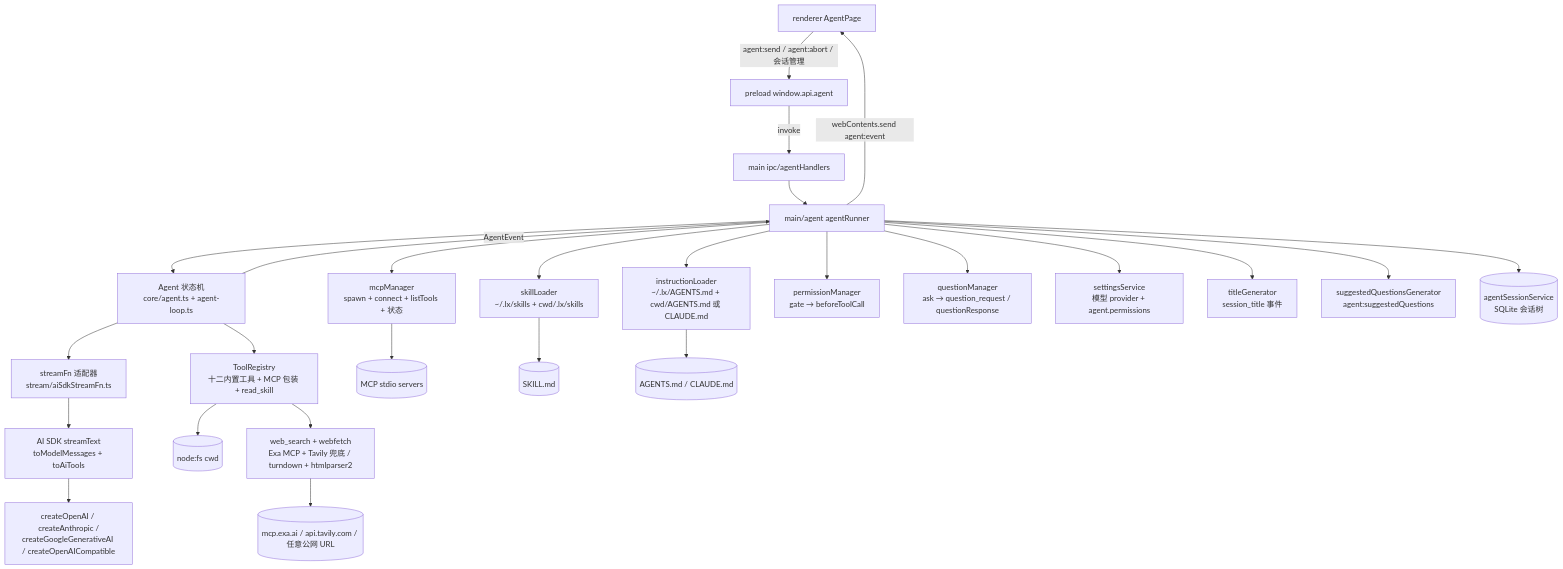
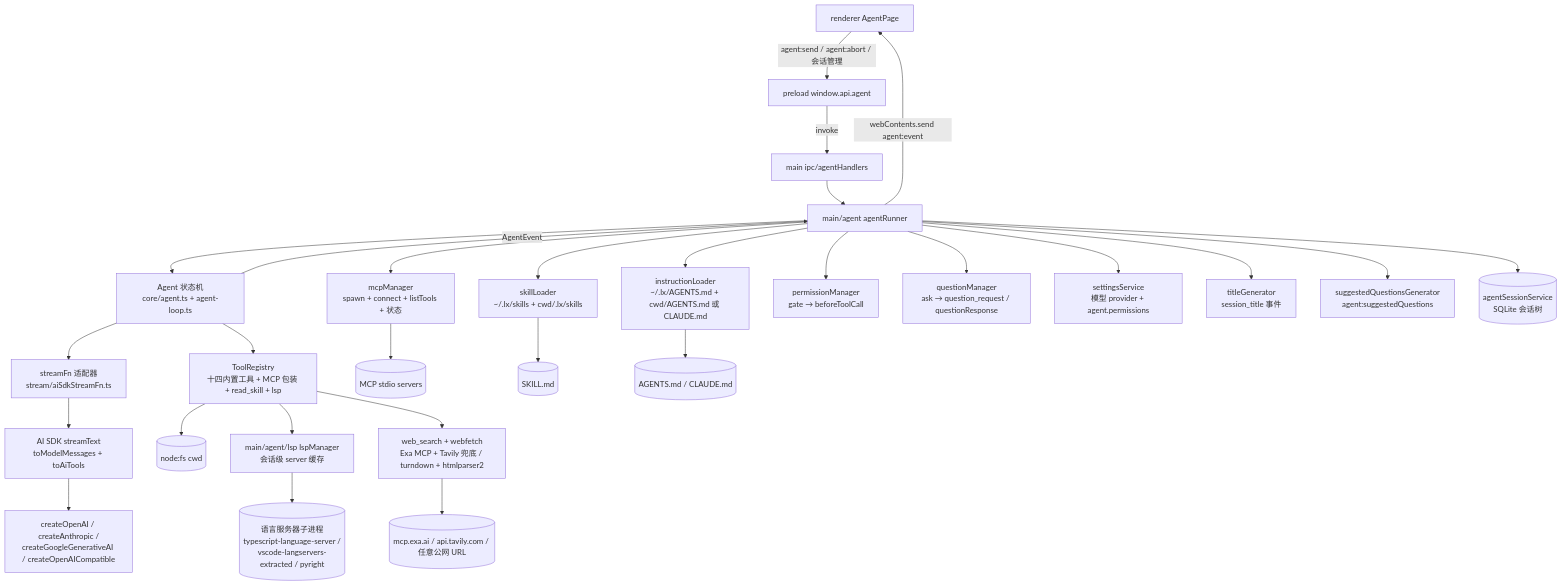
One commit to yonah-lin111/lx-agent changed the diagram in docs/agent/design.md. Above: the diagram before and after it, drawn with Mermaid. The commit also changed 32 other files, not shown here.

First line of the commit message:
feat(agent): 集成 LSP 语义检索工具与结果跳转

````diff
--- a/docs/agent/design.md
+++ b/docs/agent/design.md
@@ -26,28 +26,30 @@
 ```mermaid
 flowchart TD
     UI[renderer AgentPage] -->|agent:send / agent:abort / 会话管理| Preload[preload window.api.agent]
     Preload -->|invoke| IPC[main ipc/agentHandlers]
     IPC --> Runner[main/agent agentRunner]
     Runner --> Agent[Agent 状态机<br/>core/agent.ts + agent-loop.ts]
     Agent --> Adapter[streamFn 适配器<br/>stream/aiSdkStreamFn.ts]
     Adapter --> AI[AI SDK streamText<br/>toModelMessages + toAiTools]
     AI --> Provider[createOpenAI / createAnthropic /<br/>createGoogleGenerativeAI / createOpenAICompatible]
-    Agent --> Tools[ToolRegistry<br/>十二内置工具 + MCP 包装 + read_skill]
+    Agent --> Tools[ToolRegistry<br/>十四内置工具 + MCP 包装 + read_skill + lsp]
     Tools --> FS[(node:fs cwd)]
+    Tools --> Lsp[main/agent/lsp lspManager<br/>会话级 server 缓存]
+    Lsp --> LspServer[(语言服务器子进程<br/>typescript-language-server /<br/>vscode-langservers-extracted / pyright)]
     Tools --> WebSearch[web_search + webfetch<br/>Exa MCP + Tavily 兜底 / turndown + htmlparser2]
     WebSearch --> Ext[(mcp.exa.ai / api.tavily.com / 任意公网 URL)]
     Runner --> MCP[mcpManager<br/>spawn + connect + listTools + 状态]
     MCP --> McpSrv[(MCP stdio servers)]
     Runner --> Skills[skillLoader<br/>~/.lx/skills + cwd/.lx/skills]
     Skills --> SkillFiles[(SKILL.md)]
     Runner --> Instr[instructionLoader<br/>~/.lx/AGENTS.md + cwd/AGENTS.md 或 CLAUDE.md]
     Instr --> InstrFiles[(AGENTS.md / CLAUDE.md)]
     Runner --> Perm[permissionManager<br/>gate → beforeToolCall]
     Runner --> QM[questionManager<br/>ask → question_request / questionResponse]
     Runner --> Settings[settingsService<br/>模型 provider + agent.permissions]
     Runner --> Title[titleGenerator<br/>session_title 事件]
     Runner --> SQ[suggestedQuestionsGenerator<br/>agent:suggestedQuestions]
     Runner --> DB[(agentSessionService<br/>SQLite 会话树)]
     Agent -->|AgentEvent| Runner
     Runner -->|webContents.send agent:event| UI
 ```
````
